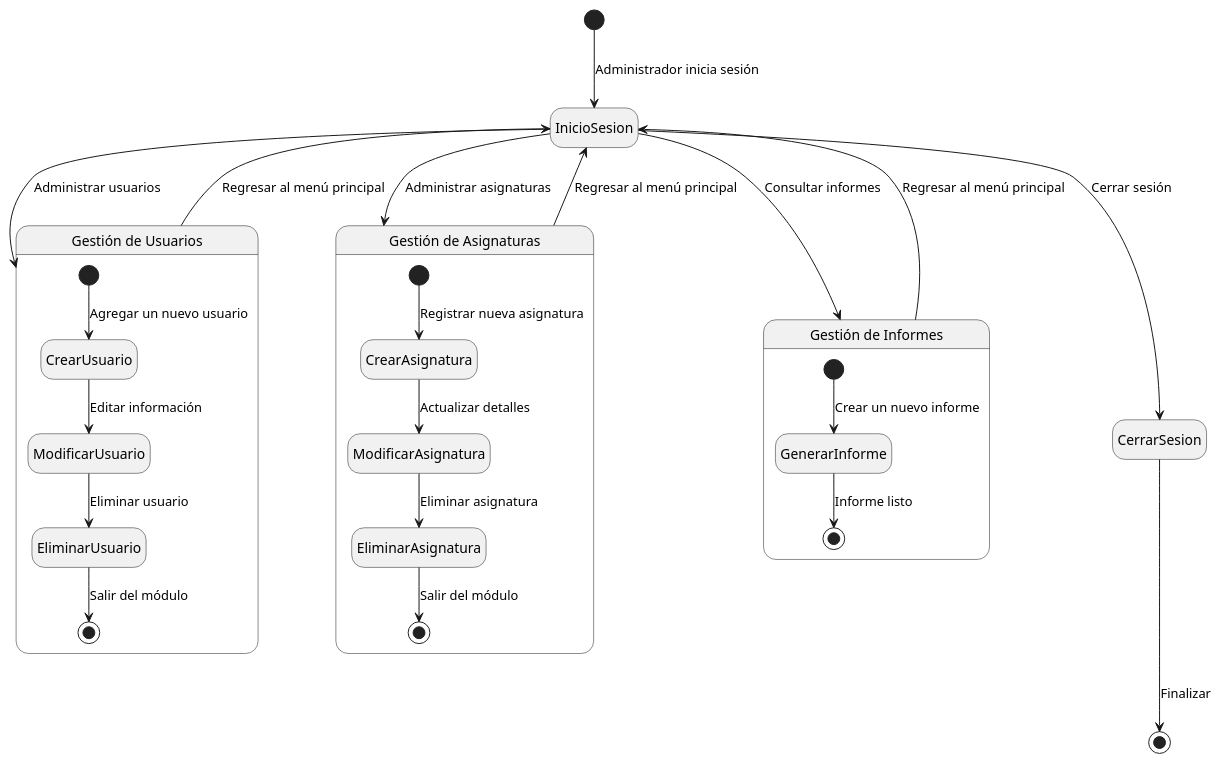
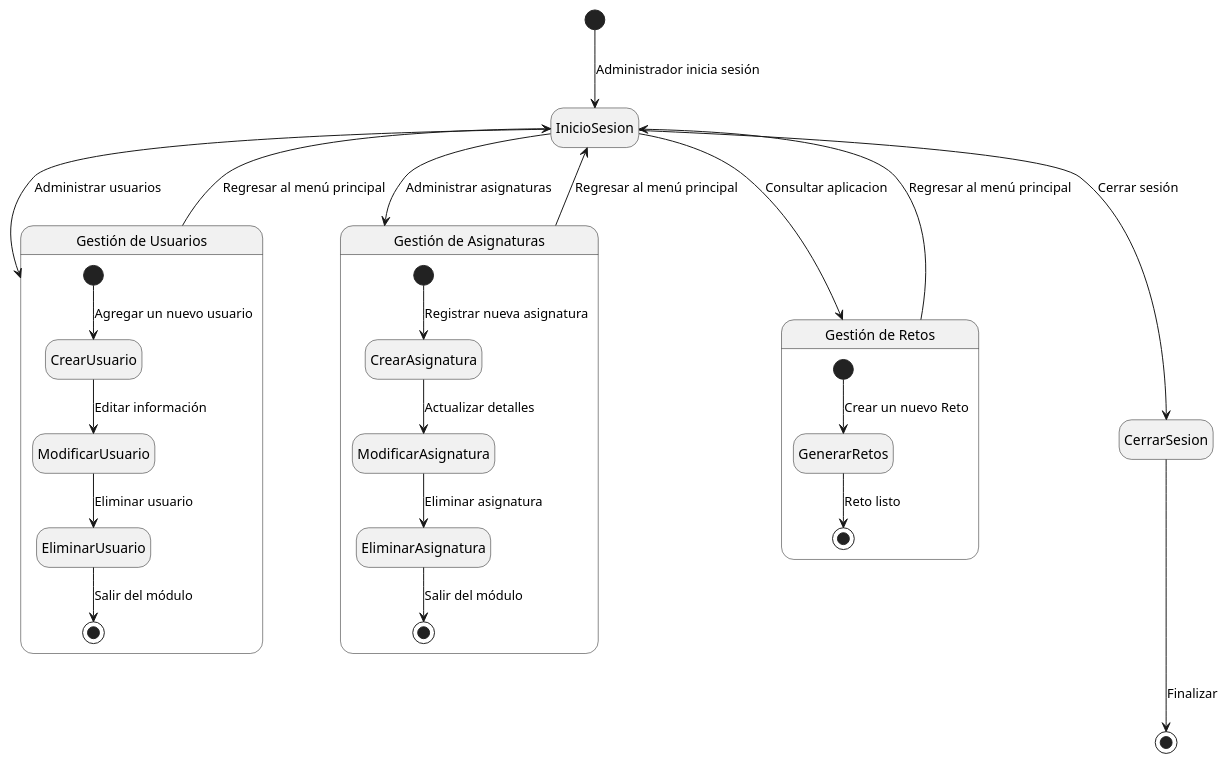
One commit to mmasias/24-25-IdSw1-SDR changed the diagram in Documentos/diagramaDeEstados/Administrador/cicloDeVidaAdministrador.puml. Above: the diagram before and after it, drawn with PlantUML.

Commit message:
actualizacion ciclo de vida admin

```diff
--- a/Documentos/diagramaDeEstados/Administrador/cicloDeVidaAdministrador.puml
+++ b/Documentos/diagramaDeEstados/Administrador/cicloDeVidaAdministrador.puml
@@ -1,34 +1,34 @@
 @startuml
 hide empty description
 
 [*] --> InicioSesion : Administrador inicia sesión
 
 state "Gestión de Usuarios" as GestionUsuarios {
     [*] --> CrearUsuario : Agregar un nuevo usuario
     CrearUsuario --> ModificarUsuario : Editar información
     ModificarUsuario --> EliminarUsuario : Eliminar usuario
     EliminarUsuario --> [*] : Salir del módulo
 }
 
 state "Gestión de Asignaturas" as GestionAsignaturas {
     [*] --> CrearAsignatura : Registrar nueva asignatura
     CrearAsignatura --> ModificarAsignatura : Actualizar detalles
     ModificarAsignatura --> EliminarAsignatura : Eliminar asignatura
     EliminarAsignatura --> [*] : Salir del módulo
 }
 
-state "Gestión de Informes" as GestionInformes {
-    [*] --> GenerarInforme : Crear un nuevo informe
-    GenerarInforme --> [*] : Informe listo
+state "Gestión de Retos" as GestionRetos {
+    [*] --> GenerarRetos : Crear un nuevo Reto
+    GenerarRetos --> [*] : Reto listo
 }
 
 InicioSesion --> GestionUsuarios : Administrar usuarios
 InicioSesion --> GestionAsignaturas : Administrar asignaturas
-InicioSesion --> GestionInformes : Consultar informes
+InicioSesion --> GestionRetos : Consultar aplicacion
 GestionUsuarios --> InicioSesion : Regresar al menú principal
 GestionAsignaturas --> InicioSesion : Regresar al menú principal
-GestionInformes --> InicioSesion : Regresar al menú principal
+GestionRetos --> InicioSesion : Regresar al menú principal
 
 InicioSesion --> CerrarSesion : Cerrar sesión
 CerrarSesion --> [*] : Finalizar
 @enduml
```
